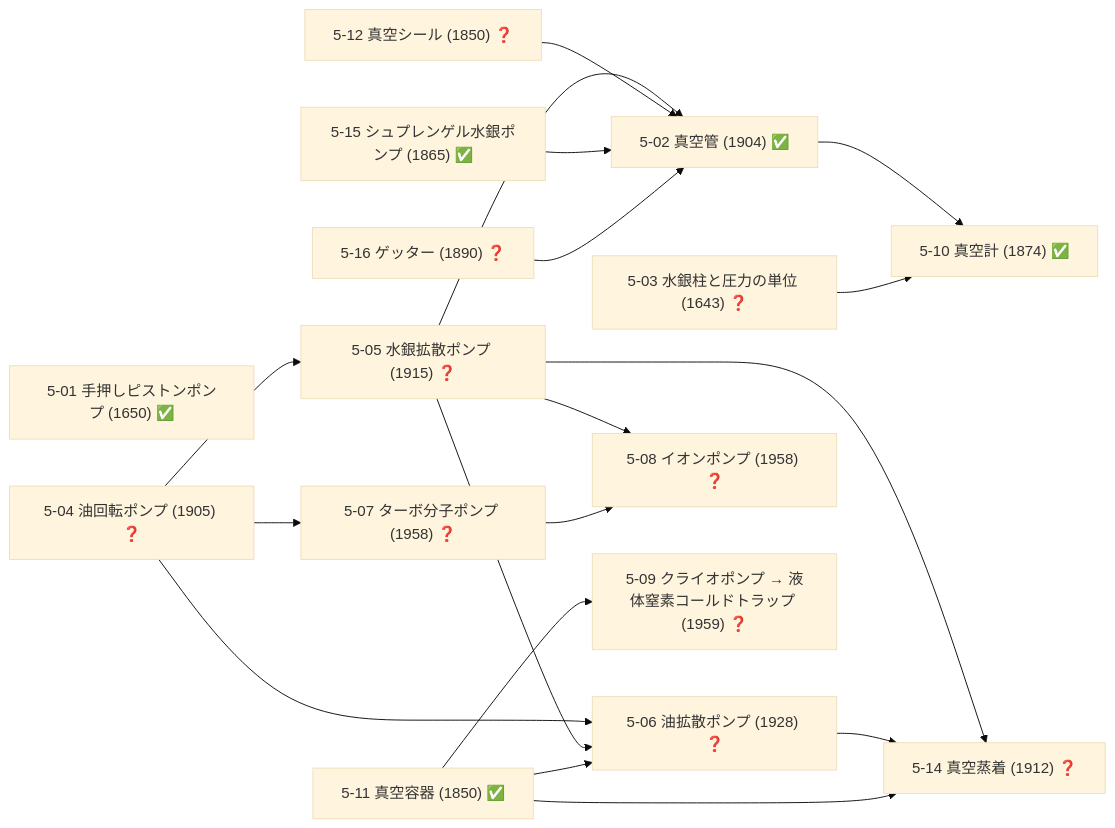
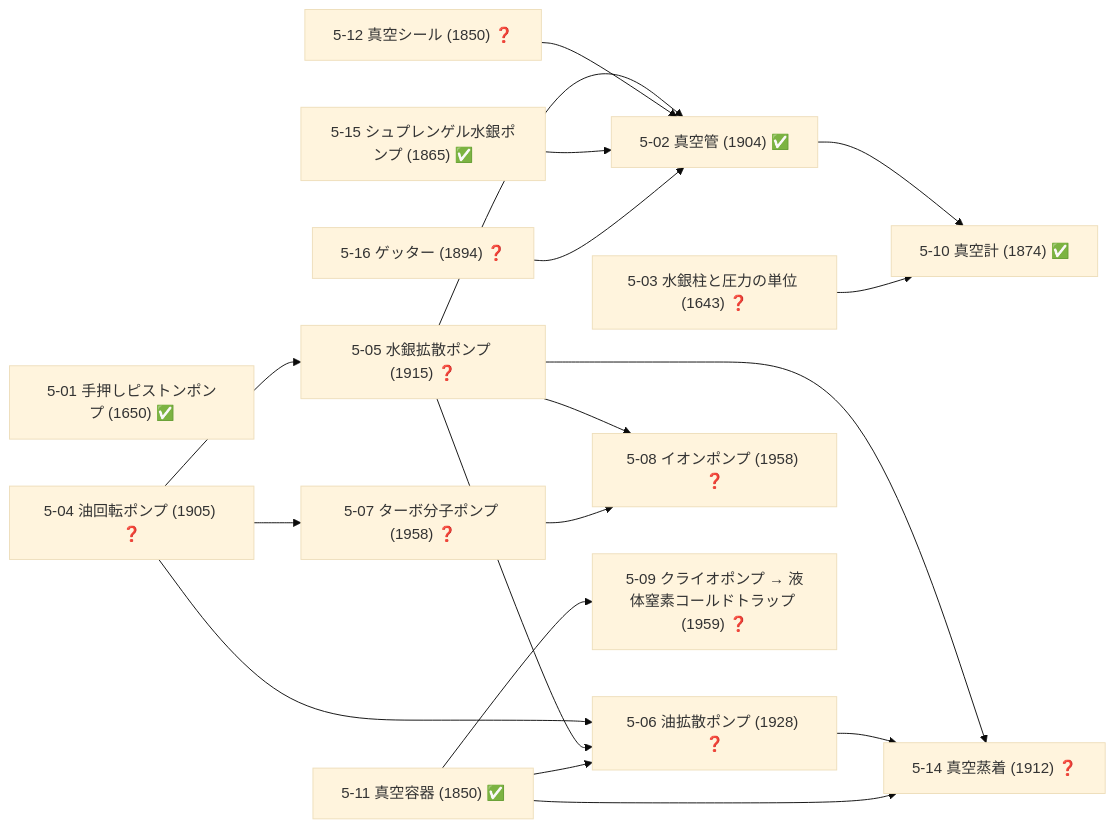
The eighth of 19 diagrams in docs/TECH_TREE_VIEW.md (taku3i0317-collab/semiconductor-lab), drawn with Mermaid (base theme) before and after one commit. The commit also changed other lines of this file and 32 other files, not shown here.

````diff
--- a/docs/TECH_TREE_VIEW.md
+++ b/docs/TECH_TREE_VIEW.md
@@ -391,35 +391,35 @@
 ```mermaid
 graph LR
   n5_01["5-01 手押しピストンポンプ (1650) ✅"]
   n5_02["5-02 真空管 (1904) ✅"]
   n5_03["5-03 水銀柱と圧力の単位 (1643) ❓"]
   n5_04["5-04 油回転ポンプ (1905) ❓"]
   n5_05["5-05 水銀拡散ポンプ (1915) ❓"]
   n5_06["5-06 油拡散ポンプ (1928) ❓"]
   n5_07["5-07 ターボ分子ポンプ (1958) ❓"]
   n5_08["5-08 イオンポンプ (1958) ❓"]
   n5_09["5-09 クライオポンプ → 液体窒素コールドトラップ (1959) ❓"]
   n5_10["5-10 真空計 (1874) ✅"]
   n5_11["5-11 真空容器 (1850) ✅"]
   n5_12["5-12 真空シール (1850) ❓"]
   n5_14["5-14 真空蒸着 (1912) ❓"]
   n5_15["5-15 シュプレンゲル水銀ポンプ (1865) ✅"]
-  n5_16["5-16 ゲッター (1890) ❓"]
+  n5_16["5-16 ゲッター (1894) ❓"]
   n5_05-->n5_02
   n5_12-->n5_02
   n5_15-->n5_02
   n5_16-->n5_02
   n5_04-->n5_05
   n5_04-->n5_06
   n5_05-->n5_06
   n5_11-->n5_06
   n5_04-->n5_07
   n5_05-->n5_08
   n5_07-->n5_08
   n5_11-->n5_09
   n5_02-->n5_10
   n5_03-->n5_10
   n5_05-->n5_14
   n5_06-->n5_14
   n5_11-->n5_14
 ```
````
